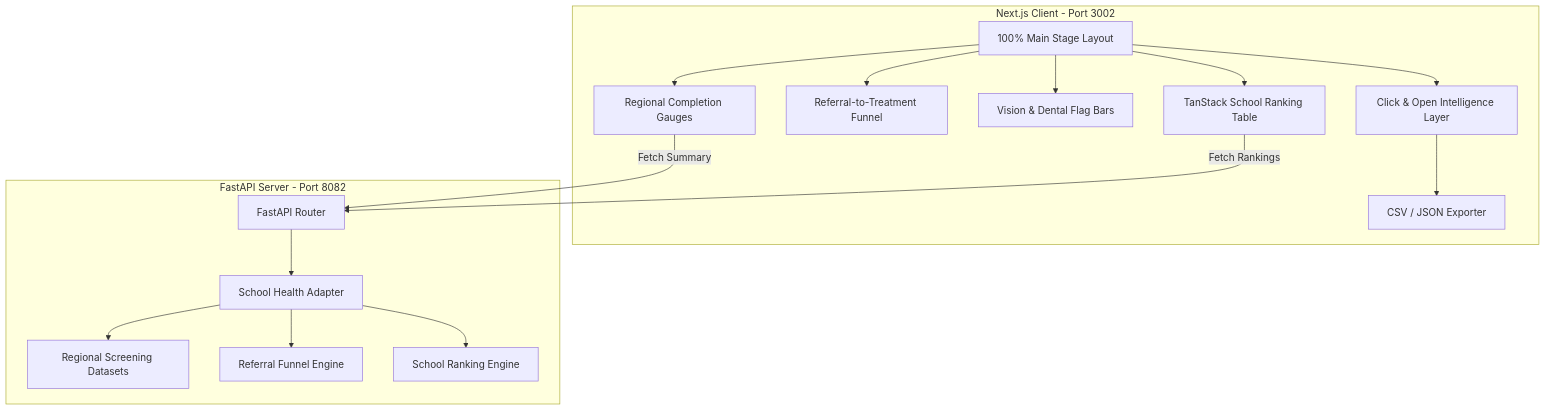
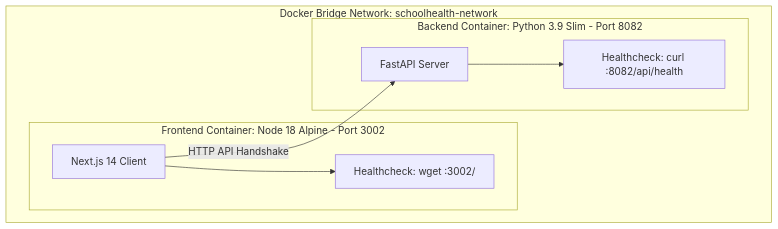
The diagram in README.md (Awaaz-123/POC-40-SchoolHealthScreeningDashboard-Awaaz-Phase2), drawn with Mermaid before and after one commit. The commit also changed other lines of this file and 7 other files, not shown here.

````diff
--- a/README.md
+++ b/README.md
@@ -34,21 +19,14 @@
 ```mermaid
 graph TD
-    subgraph Frontend [Next.js Client - Port 3002]
-        UI[100% Main Stage Layout] --> Gauges[Regional Completion Gauges]
-        UI --> Funnel[Referral-to-Treatment Funnel]
-        UI --> FlagBars[Vision & Dental Flag Bars]
-        UI --> Table[TanStack School Ranking Table]
-        UI --> IntelLayer[Click & Open Intelligence Layer]
-        IntelLayer --> Exporter[CSV / JSON Exporter]
+    subgraph ContainerNetwork [Docker Bridge Network: schoolhealth-network]
+        subgraph FrontendContainer [Frontend Container: Node 18 Alpine - Port 3002]
+            FE[Next.js 14 Client] --> FEHealth[Healthcheck: wget :3002/]
+        end
+
+        subgraph BackendContainer [Backend Container: Python 3.9 Slim - Port 8082]
+            BE[FastAPI Server] --> BEHealth[Healthcheck: curl :8082/api/health]
+        end
     end
 
-    subgraph Backend [FastAPI Server - Port 8082]
-        API[FastAPI Router] --> HealthAdapter[School Health Adapter]
-        HealthAdapter --> RegionalData[Regional Screening Datasets]
-        HealthAdapter --> FunnelData[Referral Funnel Engine]
-        HealthAdapter --> RankEngine[School Ranking Engine]
-    end
-
-    Gauges -->|Fetch Summary| API
-    Table -->|Fetch Rankings| API
+    FE -->|HTTP API Handshake| BE
 ```
````
